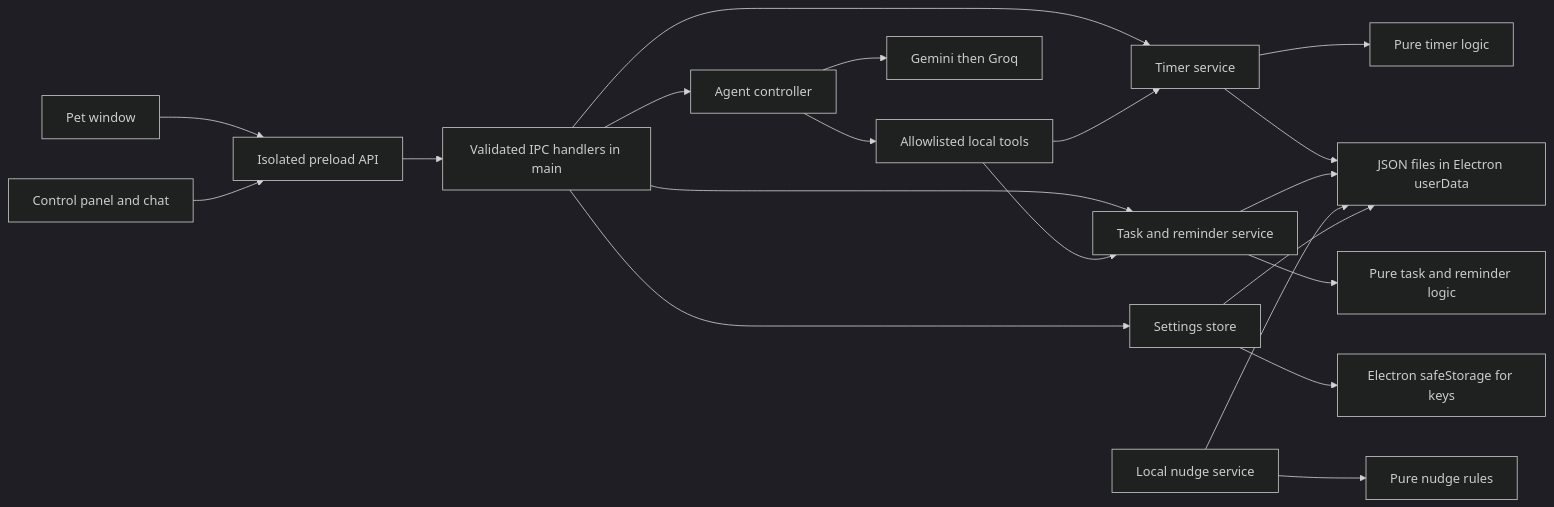
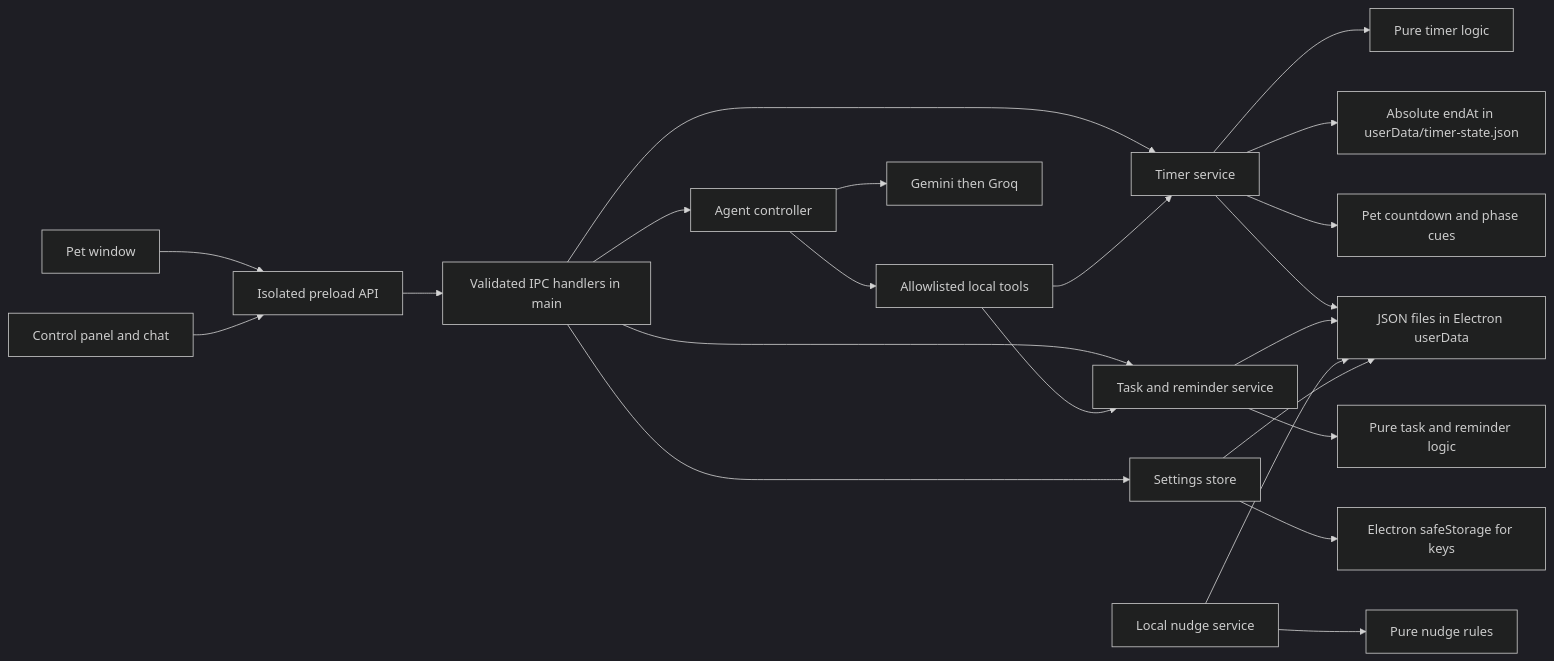
The diagram in docs/ARCHITECTURE.md (aanyabajpai670-creator/Curie), drawn with Mermaid (dark theme) before and after one commit. The commit also changed other lines of this file and 27 other files, not shown here.

````diff
--- a/docs/ARCHITECTURE.md
+++ b/docs/ARCHITECTURE.md
@@ -5,22 +5,24 @@
 ```mermaid
 flowchart LR
   Pet[Pet window] --> Preload[Isolated preload API]
   Panel[Control panel and chat] --> Preload
   Preload --> IPC[Validated IPC handlers in main]
   IPC --> Timer[Timer service]
   IPC --> Tasks[Task and reminder service]
   IPC --> Agent[Agent controller]
   IPC --> Settings[Settings store]
   Timer --> Core[Pure timer logic]
+  Timer --> TimerState[Absolute endAt in userData/timer-state.json]
+  Timer --> PetTimer[Pet countdown and phase cues]
   Tasks --> CoreTasks[Pure task and reminder logic]
   Nudges[Local nudge service] --> CoreNudges[Pure nudge rules]
   Agent --> Tools[Allowlisted local tools]
   Tools --> Timer
   Tools --> Tasks
   Agent --> Providers[Gemini then Groq]
   Settings --> SafeStorage[Electron safeStorage for keys]
   Timer --> Files[JSON files in Electron userData]
   Tasks --> Files
   Nudges --> Files
   Settings --> Files
 ```
````
